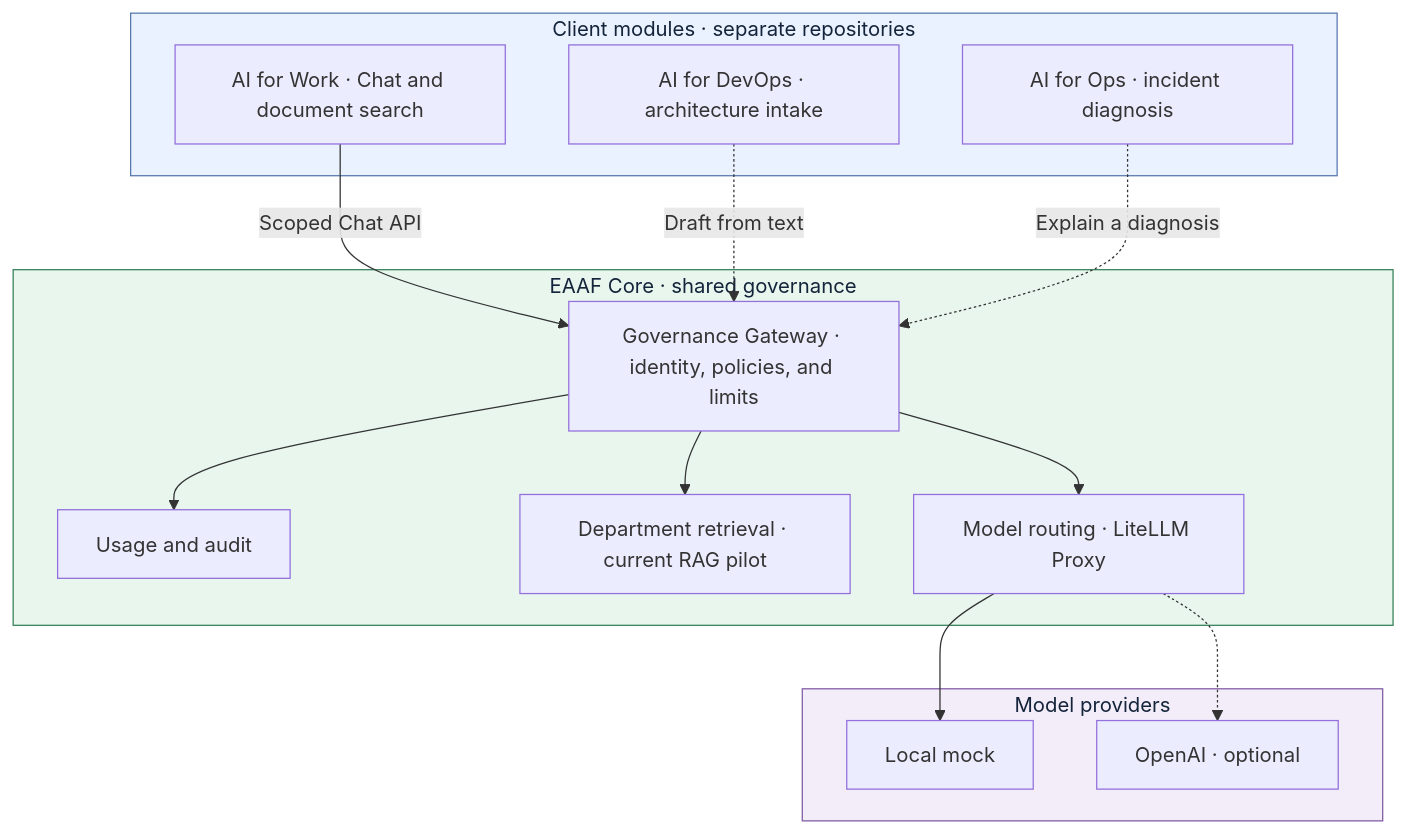
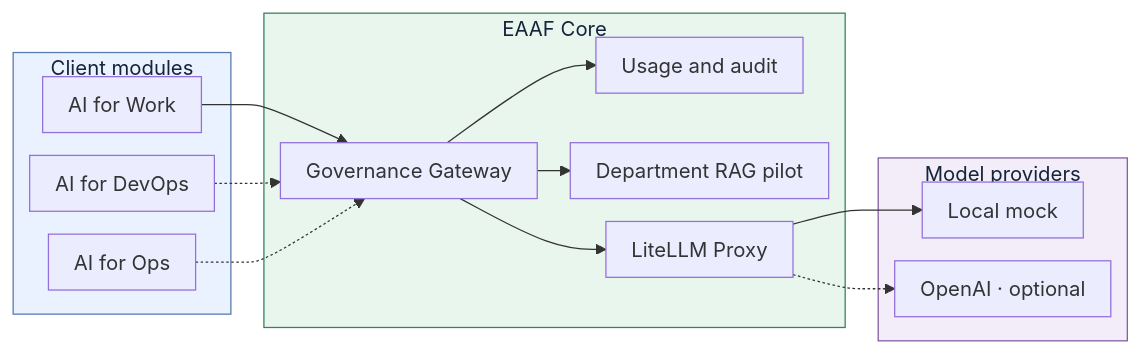
The diagram in README.md (tandrian06/eaaf), drawn with Mermaid before and after one commit. The commit also changed other lines of this file, not shown here.

Commit message:
Make the Core architecture diagram more compact

````diff
--- a/README.md
+++ b/README.md
@@ -19,33 +19,40 @@
 ```mermaid
-flowchart TB
-    subgraph Clients["Client modules · separate repositories"]
-        Work["AI for Work · Chat and document search"]
-        DevOps["AI for DevOps · architecture intake"]
-        Ops["AI for Ops · incident diagnosis"]
+---
+config:
+  flowchart:
+    nodeSpacing: 18
+    rankSpacing: 26
+    padding: 10
+---
+flowchart LR
+    subgraph Clients["Client modules"]
+        Work["AI for Work"]
+        DevOps["AI for DevOps"]
+        Ops["AI for Ops"]
     end
 
-    subgraph Core["EAAF Core · shared governance"]
-        Gateway["Governance Gateway · identity, policies, and limits"]
+    subgraph Core["EAAF Core"]
+        Gateway["Governance Gateway"]
         Audit["Usage and audit"]
-        Retrieval["Department retrieval · current RAG pilot"]
-        Router["Model routing · LiteLLM Proxy"]
+        Retrieval["Department RAG pilot"]
+        Router["LiteLLM Proxy"]
         Gateway --> Audit
         Gateway --> Retrieval
         Gateway --> Router
     end
 
     subgraph Providers["Model providers"]
         Mock["Local mock"]
         OpenAI["OpenAI · optional"]
     end
 
-    Work -->|"Scoped Chat API"| Gateway
-    DevOps -.->|"Draft from text"| Gateway
-    Ops -.->|"Explain a diagnosis"| Gateway
+    Work --> Gateway
+    DevOps -.-> Gateway
+    Ops -.-> Gateway
     Router --> Mock
     Router -.-> OpenAI
 
     style Clients fill:#eaf2ff,stroke:#5679ae,color:#14243a
     style Core fill:#e8f6ee,stroke:#37805b,color:#14243a
     style Providers fill:#f3edf9,stroke:#815ca3,color:#14243a
 ```
````
